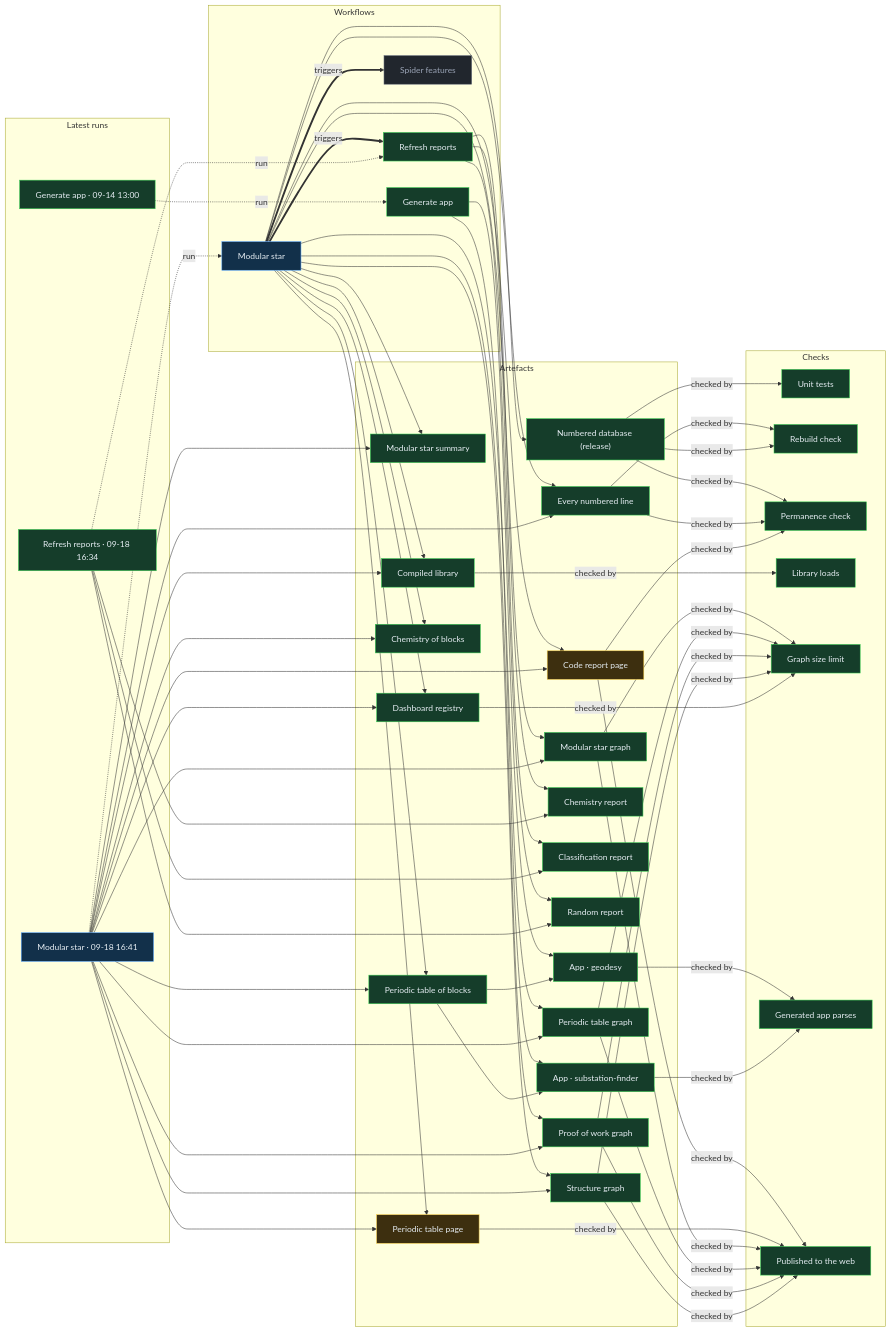
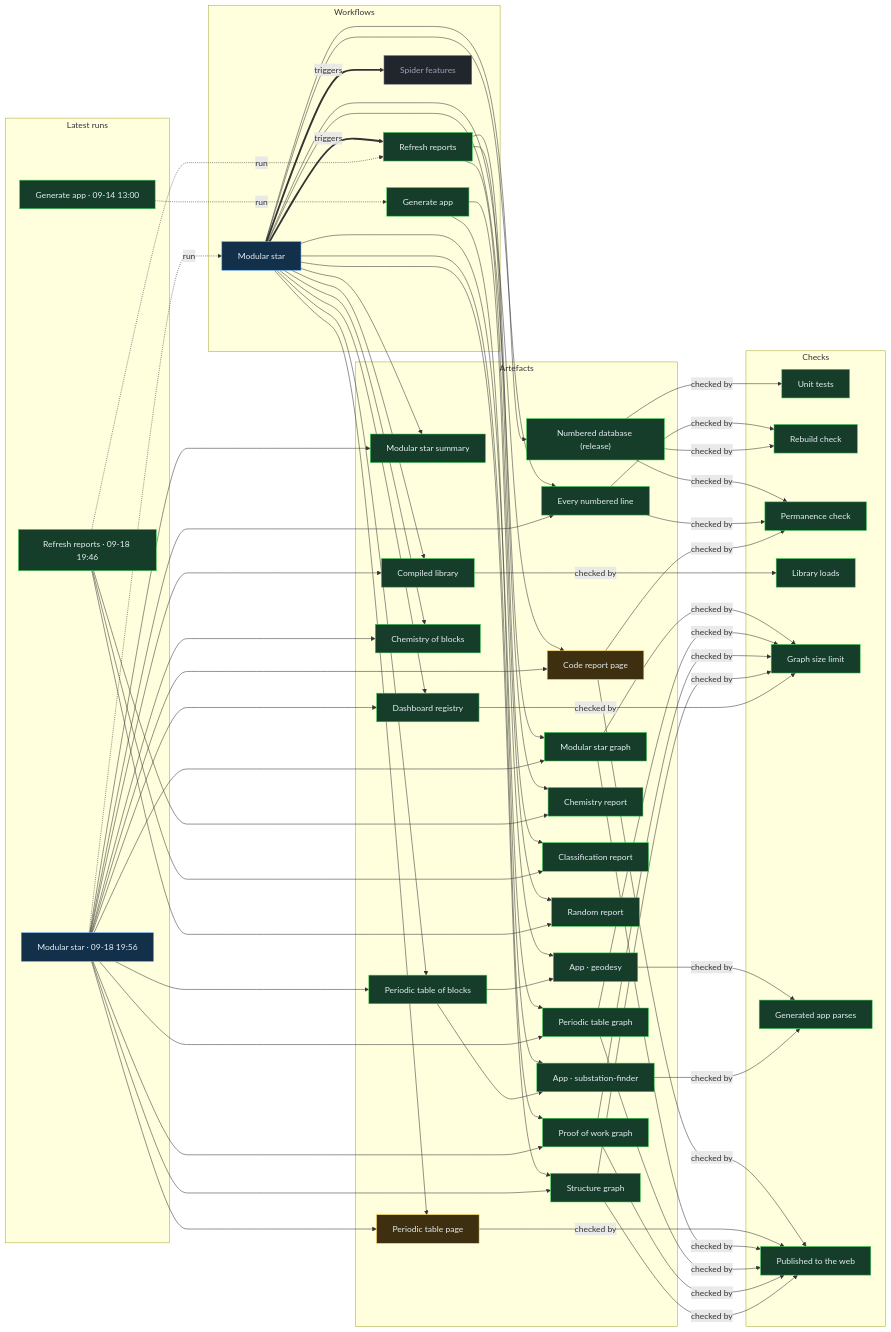
The diagram in proof/PROOF.md (Ventusltd/stars), drawn with Mermaid before and after one commit. The commit also changed other lines of this file and 99 other files, not shown here.

Commit message:
Modular star 2026-09-18T19:58Z

```diff
--- a/proof/PROOF.md
+++ b/proof/PROOF.md
@@ -24,8 +24,8 @@
   n_wf_spider_features["Spider features"]:::off
   end
   subgraph g_runs["Latest runs"]
-  n_run_35369991851["Modular star · 09-18 16:41"]:::live
-  n_run_35369268768["Refresh reports · 09-18 16:34"]:::ok
+  n_run_35388688147["Modular star · 09-18 19:56"]:::live
+  n_run_35387765560["Refresh reports · 09-18 19:46"]:::ok
   n_run_34846587798["Generate app · 09-14 13:00"]:::ok
   end
   subgraph g_artefacts["Artefacts"]
@@ -59,39 +59,39 @@
   end
   n_wf_modular_star == triggers ==> n_wf_refresh
   n_wf_modular_star == triggers ==> n_wf_spider_features
-  n_run_35369991851 -. run .-> n_wf_modular_star
-  n_run_35369268768 -. run .-> n_wf_refresh
+  n_run_35388688147 -. run .-> n_wf_modular_star
+  n_run_35387765560 -. run .-> n_wf_refresh
   n_run_34846587798 -. run .-> n_wf_generate
   n_wf_modular_star --> n_art_summary
-  n_run_35369991851 --> n_art_summary
+  n_run_35388688147 --> n_art_summary
   n_wf_modular_star --> n_art_lines
-  n_run_35369991851 --> n_art_lines
+  n_run_35388688147 --> n_art_lines
   n_wf_modular_star --> n_art_code
-  n_run_35369991851 --> n_art_code
+  n_run_35388688147 --> n_art_code
   n_wf_modular_star --> n_art_modular_graph
-  n_run_35369991851 --> n_art_modular_graph
+  n_run_35388688147 --> n_art_modular_graph
   n_wf_modular_star --> n_art_blocks
-  n_run_35369991851 --> n_art_blocks
+  n_run_35388688147 --> n_art_blocks
   n_wf_modular_star --> n_art_table
-  n_run_35369991851 --> n_art_table
+  n_run_35388688147 --> n_art_table
   n_wf_modular_star --> n_art_blocks_graph
-  n_run_35369991851 --> n_art_blocks_graph
+  n_run_35388688147 --> n_art_blocks_graph
   n_wf_modular_star --> n_art_reactions
-  n_run_35369991851 --> n_art_reactions
+  n_run_35388688147 --> n_art_reactions
   n_wf_modular_star --> n_art_library
-  n_run_35369991851 --> n_art_library
+  n_run_35388688147 --> n_art_library
   n_wf_modular_star --> n_art_features
-  n_run_35369991851 --> n_art_features
+  n_run_35388688147 --> n_art_features
   n_wf_modular_star --> n_art_proof
-  n_run_35369991851 --> n_art_proof
+  n_run_35388688147 --> n_art_proof
   n_wf_modular_star --> n_art_structure
-  n_run_35369991851 --> n_art_structure
+  n_run_35388688147 --> n_art_structure
   n_wf_refresh --> n_art_chemistry
-  n_run_35369268768 --> n_art_chemistry
+  n_run_35387765560 --> n_art_chemistry
   n_wf_refresh --> n_art_vedic
-  n_run_35369268768 --> n_art_vedic
+  n_run_35387765560 --> n_art_vedic
   n_wf_refresh --> n_art_random
-  n_run_35369268768 --> n_art_random
+  n_run_35387765560 --> n_art_random
   n_wf_modular_star --> n_art_release
   n_wf_generate --> n_app_geodesy
   n_art_blocks --> n_app_geodesy
```
